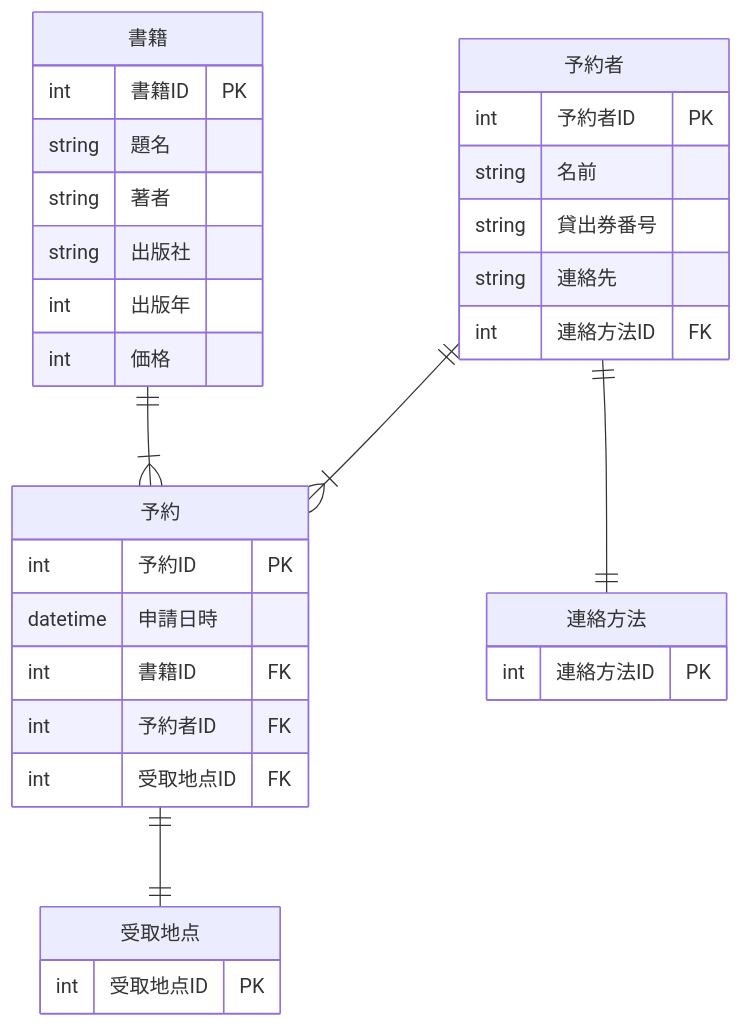
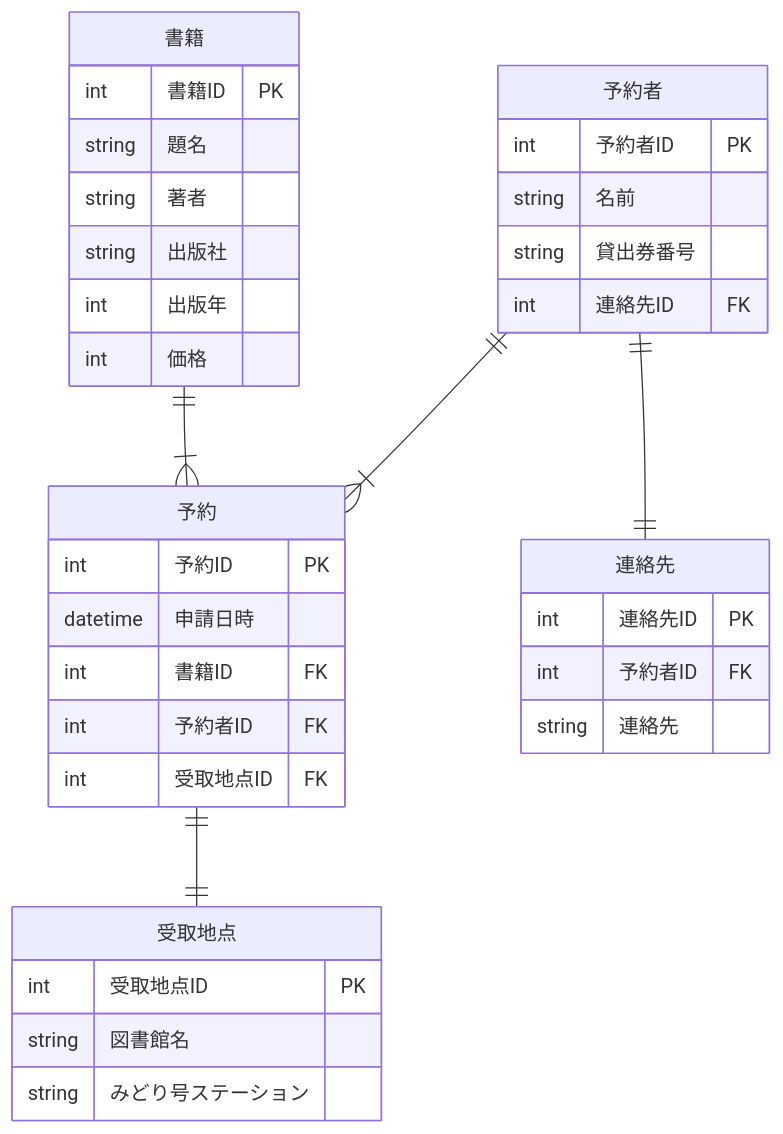
Before and after one commit to night1010tya/ERD-Lesson: the diagram in ERD/Question-2.md, drawn with Mermaid.

Commit message:
Update Question-2.md
修正しました。確認お願いします。

````diff
--- a/ERD/Question-2.md
+++ b/ERD/Question-2.md
@@ -1,40 +1,43 @@
 ```mermaid
 erDiagram
     予約 {
         int 予約ID PK
         datetime 申請日時
         int 書籍ID FK
         int 予約者ID FK
         int 受取地点ID FK
     }
 
     予約者 {
         int 予約者ID PK
         string 名前
         string 貸出券番号
-        string 連絡先
-        int 連絡方法ID FK
+        int 連絡先ID FK
     }
 
     受取地点 {
         int 受取地点ID PK
+        string 図書館名
+        string みどり号ステーション
     }
 
-    連絡方法 {
-        int 連絡方法ID PK
+    連絡先 {
+        int 連絡先ID PK
+        int 予約者ID FK
+        string 連絡先
     }
 
     書籍 {
         int 書籍ID PK
         string 題名
         string 著者
         string 出版社
         int 出版年
         int 価格
     }
 
     予約者 ||--|{ 予約 : ""
     書籍 ||--|{ 予約 : ""
     予約 ||--|| 受取地点 : ""
-    予約者 ||--|| 連絡方法 : ""
+    予約者 ||--|| 連絡先 : ""
 ```
````
